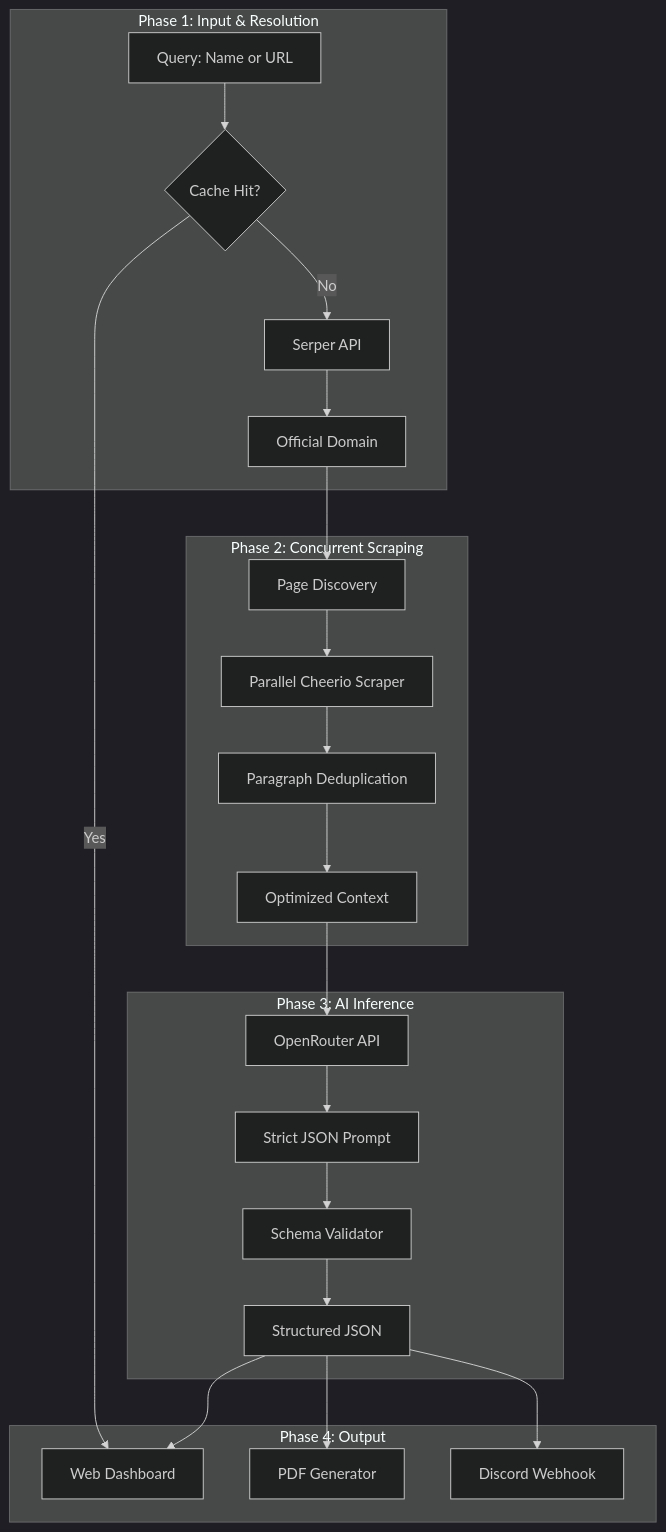
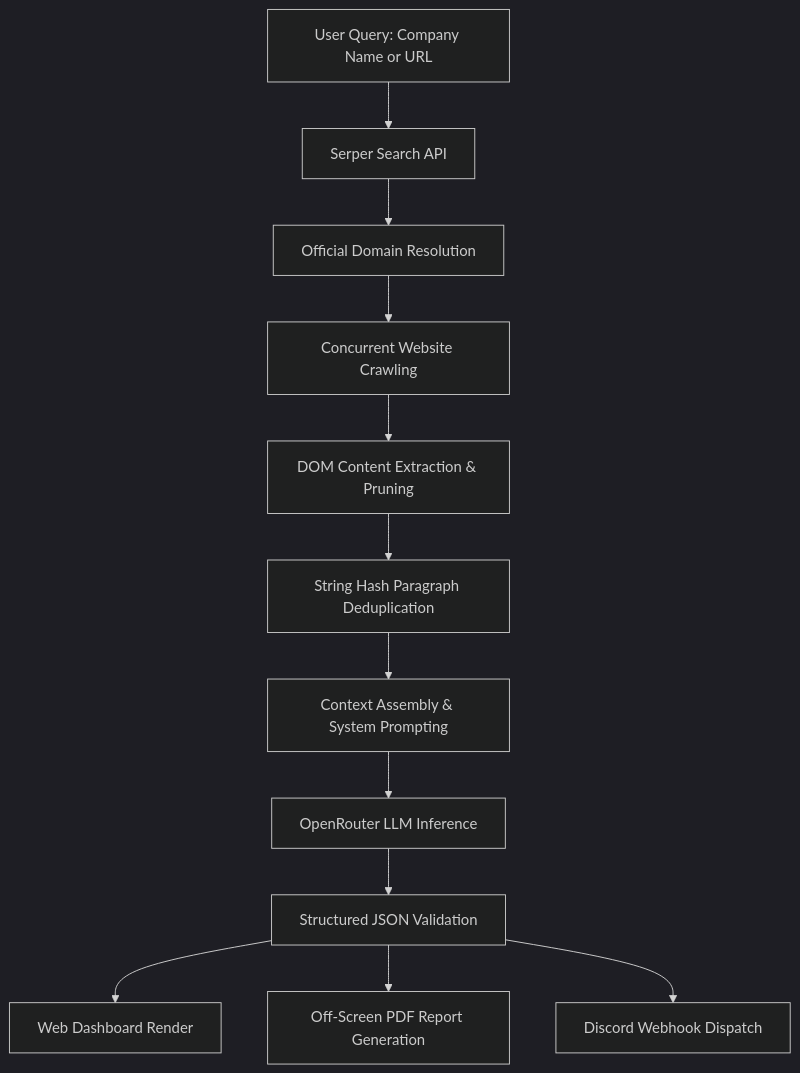
Before and after one commit to sushantkothari/ai-company-research-assistant: the diagram in README.md, drawn with Mermaid (dark theme). The commit also changed other lines of this file and 2 other files, not shown here.

````diff
--- a/README.md
+++ b/README.md
@@ -22,45 +23,14 @@
 ```mermaid
 graph TD
-    subgraph Phase 1: Input & Resolution
-        U[Query: Name or URL]
-        CACHE{Cache Hit?}
-        SERPER[Serper API]
-        TARGET[Official Domain]
-    end
-
-    subgraph Phase 2: Concurrent Scraping
-        DISCOVER[Page Discovery]
-        CRAWL[Parallel Cheerio Scraper]
-        HASH[Paragraph Deduplication]
-        CLEANED[Optimized Context]
-    end
-
-    subgraph Phase 3: AI Inference
-        OPENROUTER[OpenRouter API]
-        PROMPT[Strict JSON Prompt]
-        PARSER[Schema Validator]
-        REPORT[Structured JSON]
-    end
-
-    subgraph Phase 4: Output
-        UI[Web Dashboard]
-        PDF[PDF Generator]
-        DISCORD[Discord Webhook]
-    end
-
-    U --> CACHE
-    CACHE -- Yes --> UI
-    CACHE -- No --> SERPER
-    SERPER --> TARGET
-    TARGET --> DISCOVER
-    DISCOVER --> CRAWL
-    CRAWL --> HASH
-    HASH --> CLEANED
-    CLEANED --> OPENROUTER
-    OPENROUTER --> PROMPT
-    PROMPT --> PARSER
-    PARSER --> REPORT
-    REPORT --> UI
-    REPORT --> PDF
-    REPORT --> DISCORD
+    A[User Query: Company Name or URL] --> B[Serper Search API]
+    B --> C[Official Domain Resolution]
+    C --> D[Concurrent Website Crawling]
+    D --> E[DOM Content Extraction & Pruning]
+    E --> F[String Hash Paragraph Deduplication]
+    F --> G[Context Assembly & System Prompting]
+    G --> H[OpenRouter LLM Inference]
+    H --> I[Structured JSON Validation]
+    I --> J[Web Dashboard Render]
+    I --> K[Off-Screen PDF Report Generation]
+    I --> L[Discord Webhook Dispatch]
 ```
````
